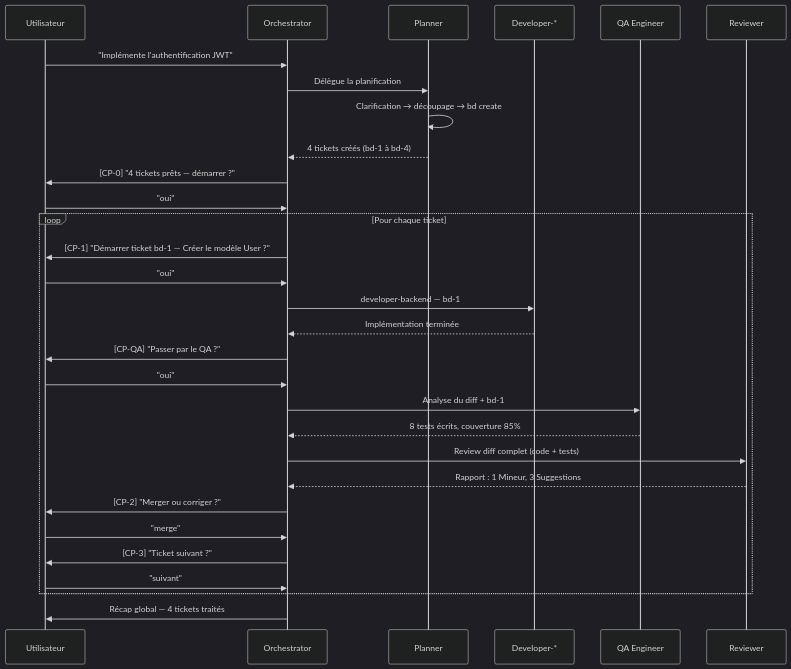
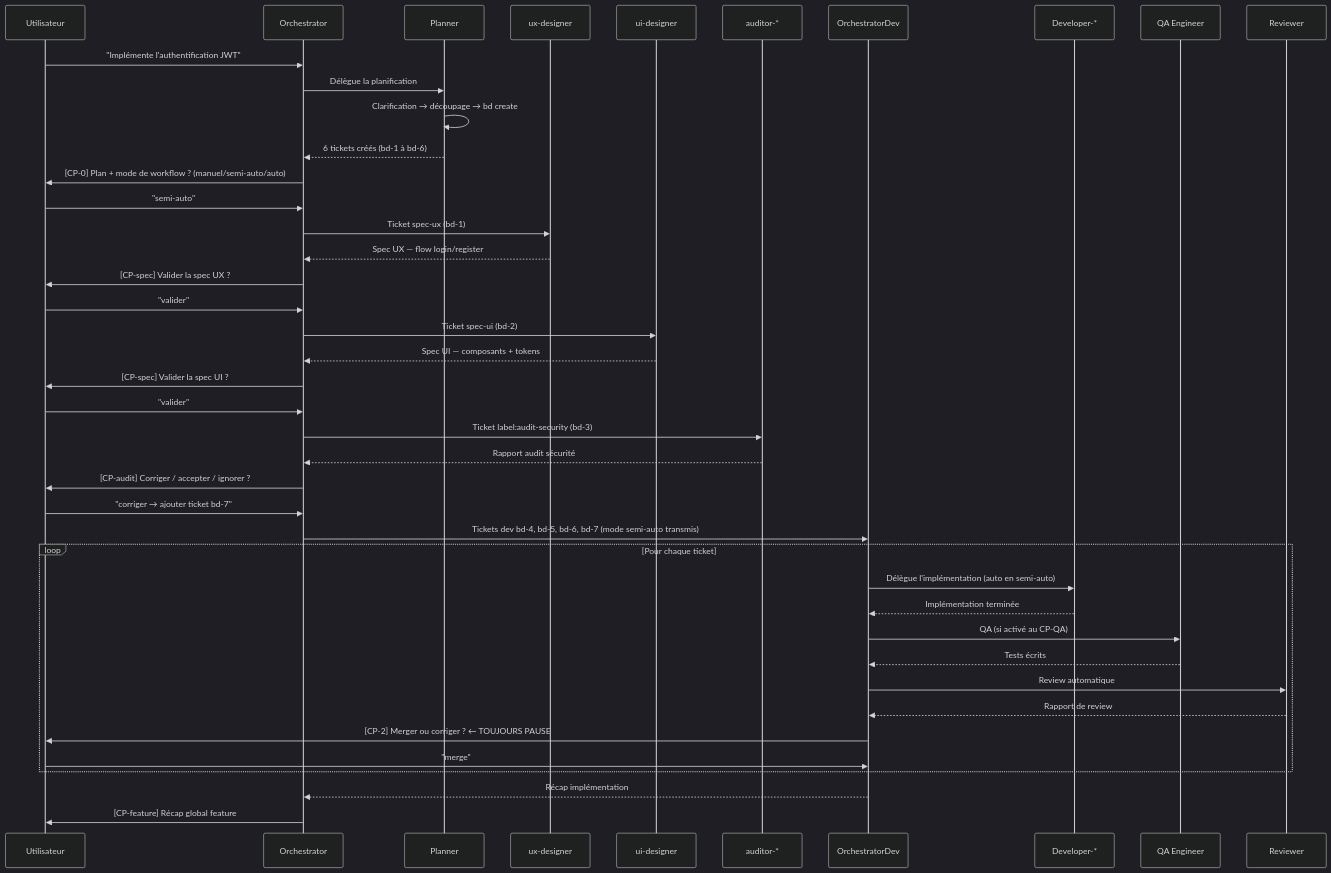
The first of 5 diagrams in docs/guides/workflows.md (datichb/opencode-hub), drawn with Mermaid (dark theme) before and after one commit. The commit also changed other lines of this file and 2 other files, not shown here.

Commit message:
docs: mise à jour workflows — architecture deux niveaux, scénarios designers et documentarian, guide de choix d'entrée

````diff
--- a/docs/guides/workflows.md
+++ b/docs/guides/workflows.md
@@ -15,35 +37,50 @@
 ```mermaid
 sequenceDiagram
     participant U as Utilisateur
     participant O as Orchestrator
     participant PL as Planner
+    participant UX as ux-designer
+    participant UI as ui-designer
+    participant AU as auditor-*
+    participant OD as OrchestratorDev
     participant DEV as Developer-*
     participant QA as QA Engineer
     participant R as Reviewer
 
     U->>O: "Implémente l'authentification JWT"
     O->>PL: Délègue la planification
     PL->>PL: Clarification → découpage → bd create
-    PL-->>O: 4 tickets créés (bd-1 à bd-4)
-    O->>U: [CP-0] "4 tickets prêts — démarrer ?"
-    U->>O: "oui"
+    PL-->>O: 6 tickets créés (bd-1 à bd-6)
+    O->>U: [CP-0] Plan + mode de workflow ? (manuel/semi-auto/auto)
+    U->>O: "semi-auto"
 
+    O->>UX: Ticket spec-ux (bd-1)
+    UX-->>O: Spec UX — flow login/register
+    O->>U: [CP-spec] Valider la spec UX ?
+    U->>O: "valider"
+
+    O->>UI: Ticket spec-ui (bd-2)
+    UI-->>O: Spec UI — composants + tokens
+    O->>U: [CP-spec] Valider la spec UI ?
+    U->>O: "valider"
+
+    O->>AU: Ticket label:audit-security (bd-3)
+    AU-->>O: Rapport audit sécurité
+    O->>U: [CP-audit] Corriger / accepter / ignorer ?
+    U->>O: "corriger → ajouter ticket bd-7"
+
+    O->>OD: Tickets dev bd-4, bd-5, bd-6, bd-7 (mode semi-auto transmis)
     loop Pour chaque ticket
-        O->>U: [CP-1] "Démarrer ticket bd-1 — Créer le modèle User ?"
-        U->>O: "oui"
-        O->>DEV: developer-backend — bd-1
-        DEV-->>O: Implémentation terminée
-        O->>U: [CP-QA] "Passer par le QA ?"
-        U->>O: "oui"
-        O->>QA: Analyse du diff + bd-1
-        QA-->>O: 8 tests écrits, couverture 85%
-        O->>R: Review diff complet (code + tests)
-        R-->>O: Rapport : 1 Mineur, 3 Suggestions
-        O->>U: [CP-2] "Merger ou corriger ?"
-        U->>O: "merge"
-        O->>U: [CP-3] "Ticket suivant ?"
-        U->>O: "suivant"
+        OD->>DEV: Délègue l'implémentation (auto en semi-auto)
+        DEV-->>OD: Implémentation terminée
+        OD->>QA: QA (si activé au CP-QA)
+        QA-->>OD: Tests écrits
+        OD->>R: Review automatique
+        R-->>OD: Rapport de review
+        OD->>U: [CP-2] Merger ou corriger ? ← TOUJOURS PAUSE
+        U->>OD: "merge"
     end
+    OD-->>O: Récap implémentation
 
-    O->>U: Récap global — 4 tickets traités
+    O->>U: [CP-feature] Récap global feature
 ```
````
